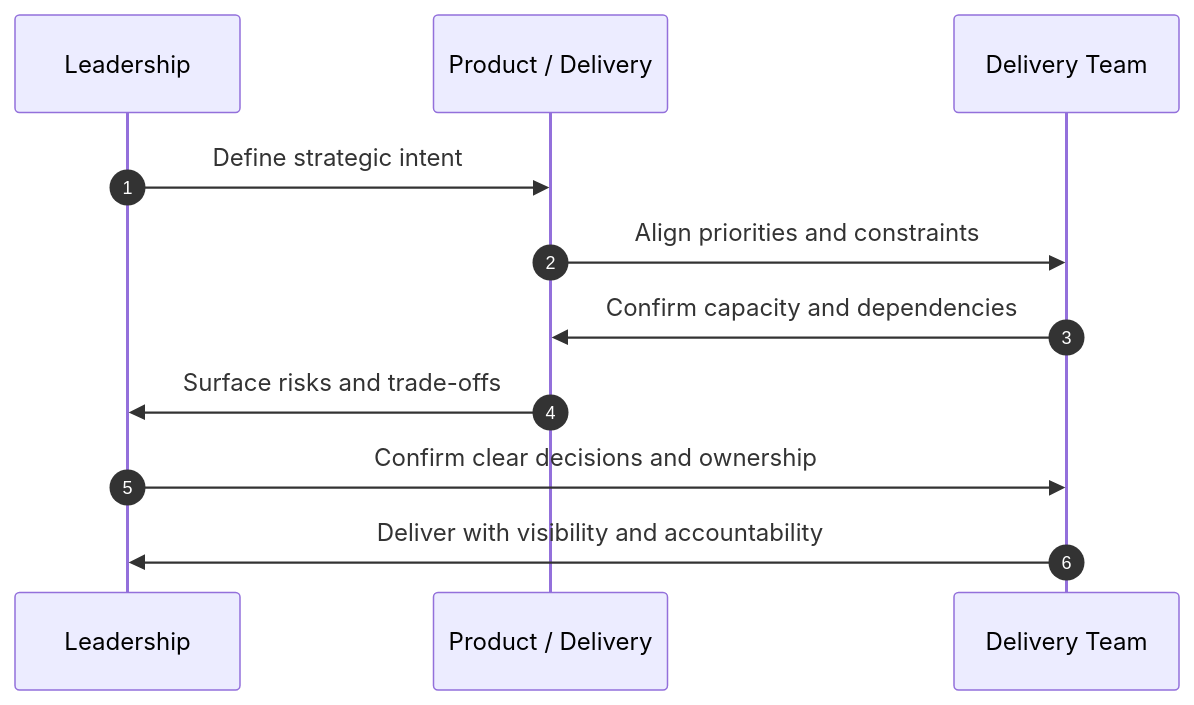
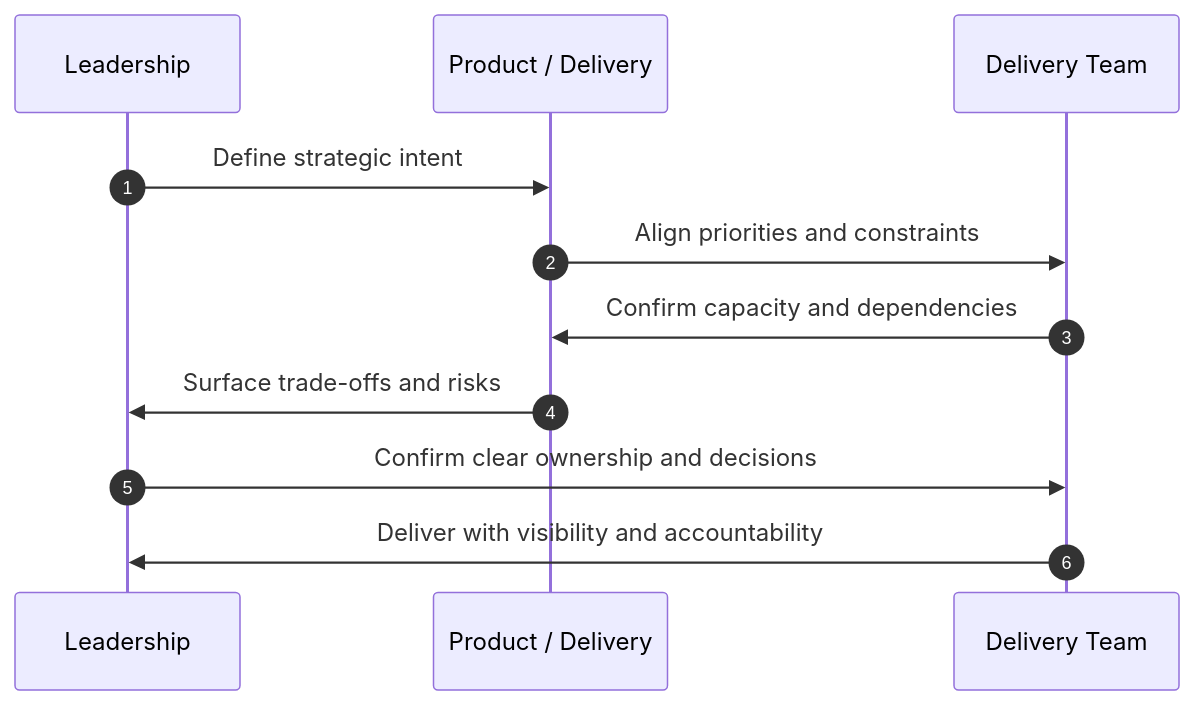
The second of 2 diagrams in README.md (deveninception/deveninception), drawn with Mermaid before and after one commit. The commit also changed other lines of this file, not shown here.

````diff
--- a/README.md
+++ b/README.md
@@ -57,14 +57,14 @@
 ```mermaid
 sequenceDiagram
     autonumber
     participant Leader as Leadership
     participant PM as Product / Delivery
     participant Team as Delivery Team
 
     Leader->>PM: Define strategic intent
     PM->>Team: Align priorities and constraints
     Team->>PM: Confirm capacity and dependencies
-    PM->>Leader: Surface risks and trade-offs
-    Leader->>Team: Confirm clear decisions and ownership
+    PM->>Leader: Surface trade-offs and risks
+    Leader->>Team: Confirm clear ownership and decisions
     Team->>Leader: Deliver with visibility and accountability
 ```
````
